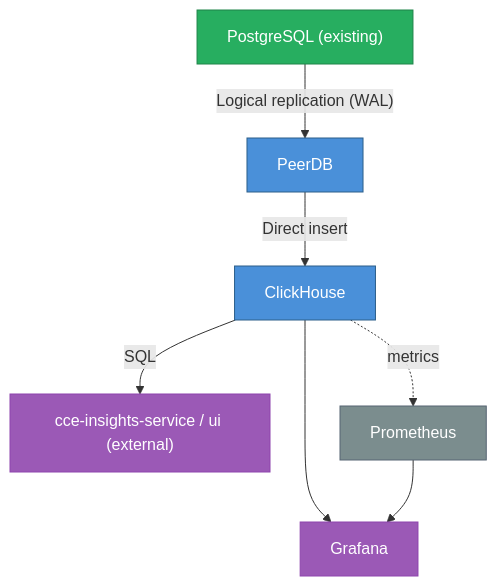
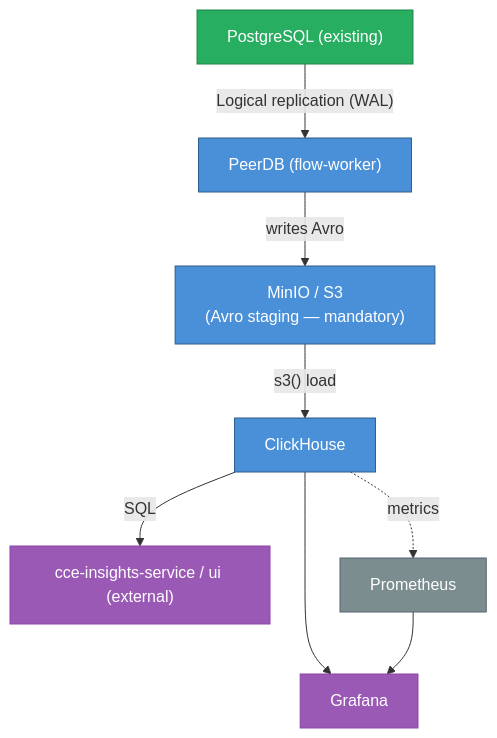
The second of 2 diagrams in docs/architecture-overview.md (Jayaprakash8887/cce-data-pipeline), drawn with Mermaid before and after one commit. The commit also changed other lines of this file and 1 other file, not shown here.

Commit message:
peerDB missing components update

````diff
--- a/docs/architecture-overview.md
+++ b/docs/architecture-overview.md
@@ -193,18 +196,20 @@
 ```mermaid
 flowchart TD
-    PG["PostgreSQL (existing)"] -->|"Logical replication (WAL)"| PEERDB["PeerDB"]
-    PEERDB -->|"Direct insert"| CLICKHOUSE["ClickHouse"]
+    PG["PostgreSQL (existing)"] -->|"Logical replication (WAL)"| PEERDB["PeerDB (flow-worker)"]
+    PEERDB -->|"writes Avro"| MINIO["MinIO / S3<br/>(Avro staging — mandatory)"]
+    MINIO -->|"s3() load"| CLICKHOUSE["ClickHouse"]
 
     CLICKHOUSE -->|"SQL"| INSIGHTS["cce-insights-service / ui (external)"]
     CLICKHOUSE --> GRAFANA["Grafana"]
 
     PROMETHEUS["Prometheus"] --> GRAFANA
     CLICKHOUSE -.->|"metrics"| PROMETHEUS
 
     style PG fill:#27AE60,stroke:#1E8449,color:white
     style PEERDB fill:#4A90D9,stroke:#2C5F8A,color:white
+    style MINIO fill:#4A90D9,stroke:#2C5F8A,color:white
     style CLICKHOUSE fill:#4A90D9,stroke:#2C5F8A,color:white
     style INSIGHTS fill:#9B59B6,stroke:#8E44AD,color:white
     style GRAFANA fill:#9B59B6,stroke:#8E44AD,color:white
     style PROMETHEUS fill:#7B8D8E,stroke:#566573,color:white
 ```
````
